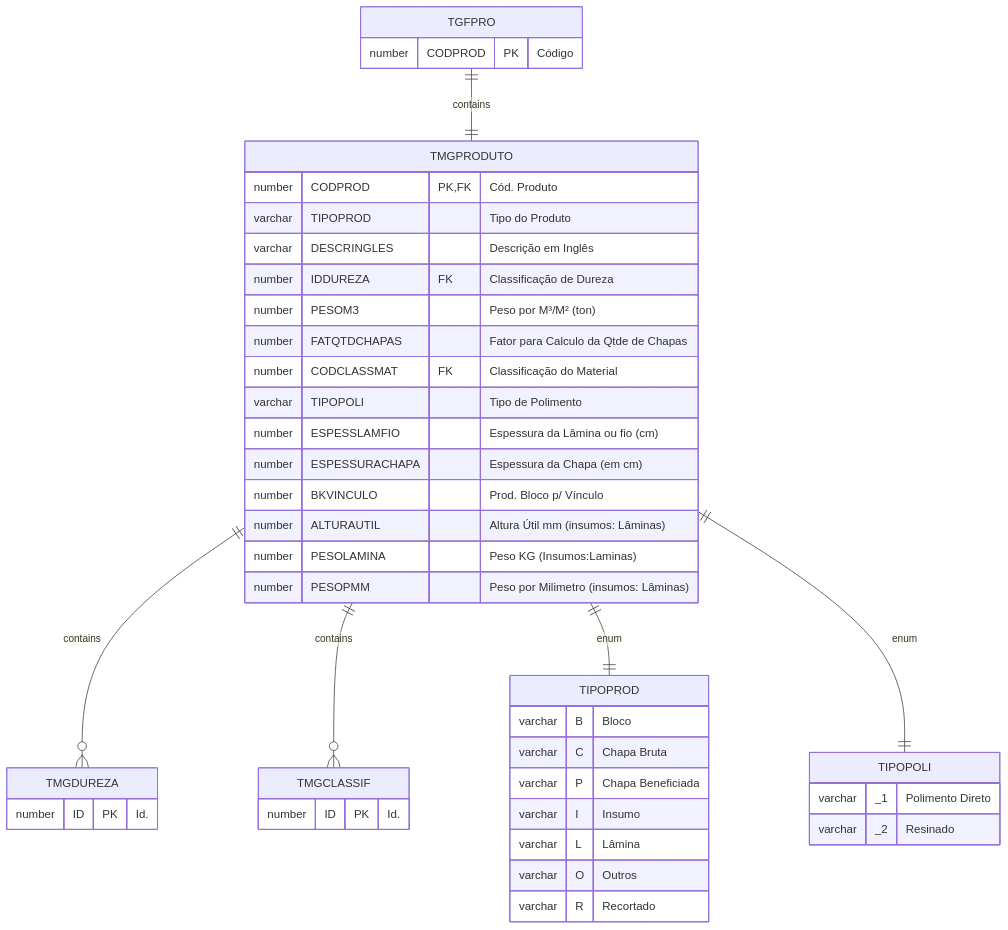
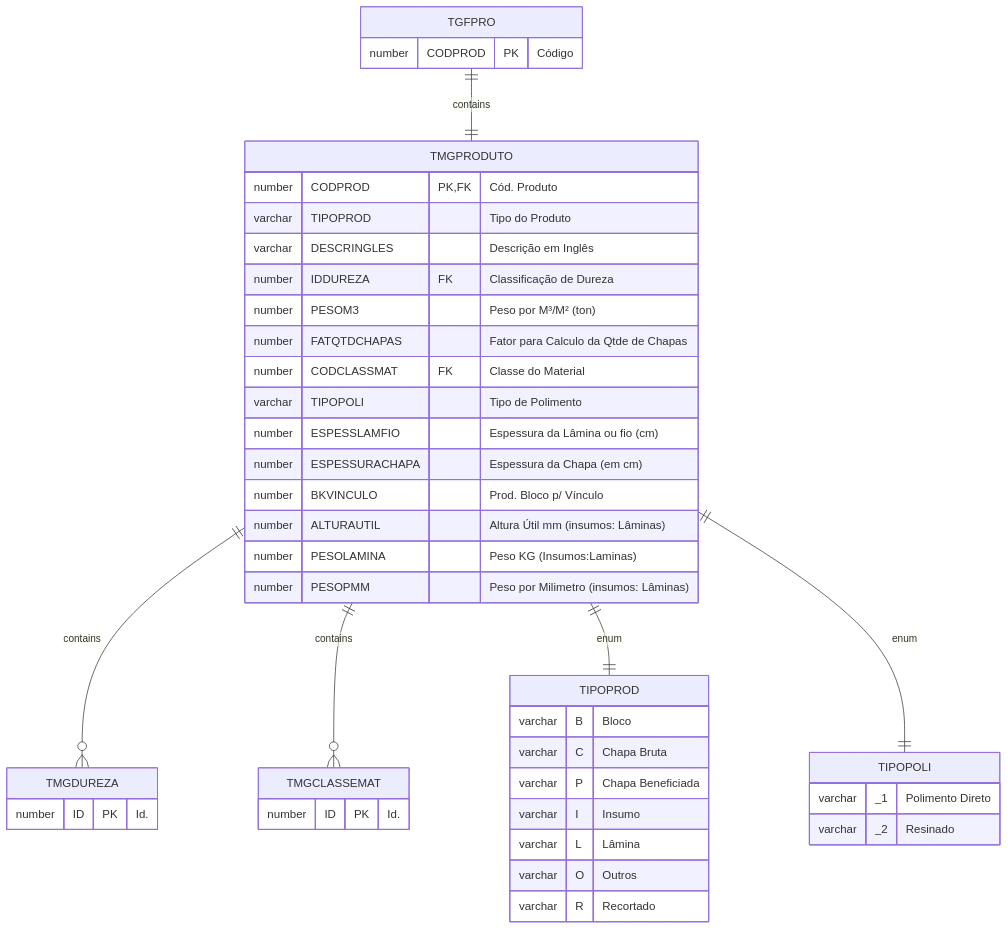
Before and after one commit to cbmsoft/margrandocs: the first of 2 diagrams in docs/_database/TMGPRODUTO.md, drawn with Mermaid. The commit also changed other lines of this file and 2 other files, not shown here.

Commit message:
docs: cadastros basicos

````diff
--- a/docs/_database/TMGPRODUTO.md
+++ b/docs/_database/TMGPRODUTO.md
@@ -24,47 +24,47 @@
 ```mermaid
 erDiagram
     TGFPRO ||--|| TMGPRODUTO : contains
     TMGPRODUTO ||--o{ TMGDUREZA : contains
-    TMGPRODUTO ||--o{ TMGCLASSIF : contains
+    TMGPRODUTO ||--o{ TMGCLASSEMAT : contains
     TMGPRODUTO ||--|| TIPOPROD : enum
     TMGPRODUTO ||--|| TIPOPOLI : enum
 
     TMGPRODUTO {
         number CODPROD PK,FK "Cód. Produto"
         varchar TIPOPROD "Tipo do Produto"
         varchar DESCRINGLES "Descrição em Inglês"
         number IDDUREZA FK "Classificação de Dureza"
         number PESOM3 "Peso por M³/M² (ton)"
         number FATQTDCHAPAS "Fator para Calculo da Qtde de Chapas"
-        number CODCLASSMAT FK "Classificação do Material"
+        number CODCLASSMAT FK "Classe do Material"
         varchar TIPOPOLI "Tipo de Polimento"
         number ESPESSLAMFIO "Espessura da Lâmina ou fio (cm)"
         number ESPESSURACHAPA "Espessura da Chapa (em cm)"
         number BKVINCULO "Prod. Bloco p/ Vínculo"
         number ALTURAUTIL "Altura Útil mm (insumos: Lâminas)"
         number PESOLAMINA "Peso KG (Insumos:Laminas)"
         number PESOPMM "Peso por Milimetro (insumos: Lâminas)"
     }
     TGFPRO {
         number CODPROD PK "Código"
     }
     TMGDUREZA {
         number ID PK "Id."
     }
-    TMGCLASSIF {
+    TMGCLASSEMAT {
         number ID PK "Id."
     }
     TIPOPROD {
         varchar B "Bloco"
         varchar C "Chapa Bruta"
         varchar P "Chapa Beneficiada"
         varchar I "Insumo"
         varchar L "Lâmina"
         varchar O "Outros"
         varchar R "Recortado"
     }
     TIPOPOLI {
         varchar _1 "Polimento Direto"
         varchar _2 "Resinado"
     }
 ```
````
